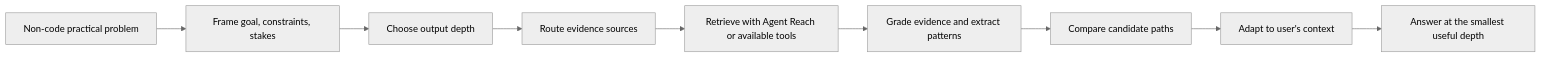
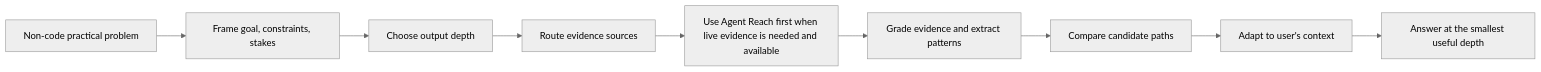
One commit to Jia-Ethan/pavedpath changed the first of 2 diagrams in README.md. Above: the diagram before and after it, drawn with Mermaid (neutral theme). The commit also changed other lines of this file and 5 other files, not shown here.

Commit message:
Strengthen PavedPath Agent Reach-first guidance

````diff
--- a/README.md
+++ b/README.md
@@ -91,11 +91,11 @@
 ```mermaid
 flowchart LR
   A["Non-code practical problem"] --> B["Frame goal, constraints, stakes"]
   B --> C["Choose output depth"]
   C --> D["Route evidence sources"]
-  D --> E["Retrieve with Agent Reach or available tools"]
+  D --> E["Use Agent Reach first when live evidence is needed and available"]
   E --> F["Grade evidence and extract patterns"]
   F --> G["Compare candidate paths"]
   G --> H["Adapt to user's context"]
   H --> I["Answer at the smallest useful depth"]
 ```
````
